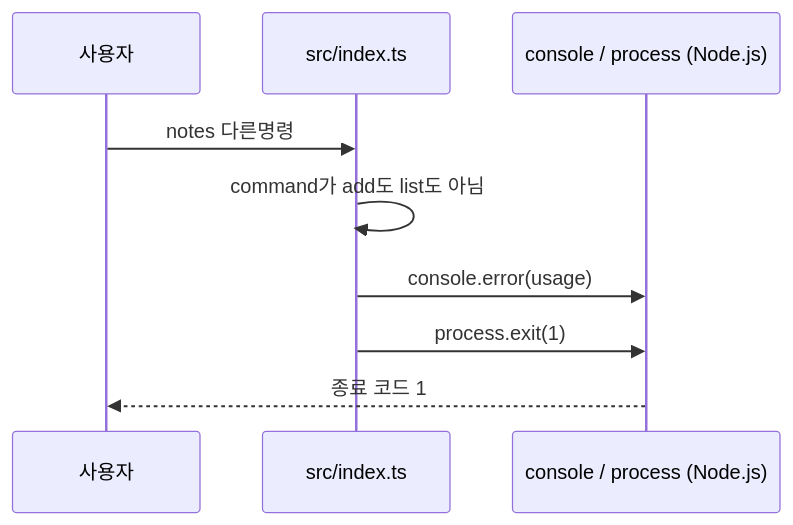
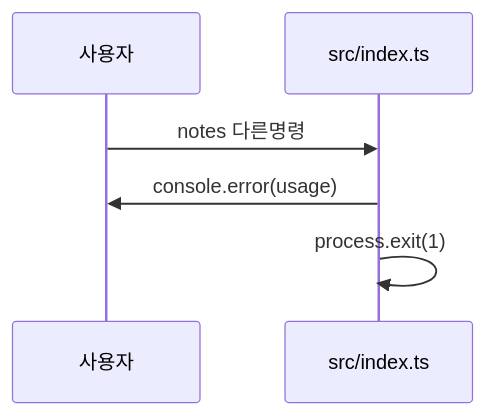
The third of 3 diagrams in examples/ts-notes-cli/docs/codemap/sequence-flow.md (hxxnn/codemap), drawn with Mermaid before and after one commit. The commit also changed other lines of this file and 45 other files, not shown here.

````diff
--- a/examples/ts-notes-cli/docs/codemap/sequence-flow.md
+++ b/examples/ts-notes-cli/docs/codemap/sequence-flow.md
@@ -75,11 +64,8 @@
 ```mermaid
 sequenceDiagram
   participant U as 사용자
-  participant idx as src/index.ts
-  participant out as console / process (Node.js)
-  U->>idx: notes 다른명령
-  idx->>idx: command가 add도 list도 아님
-  idx->>out: console.error(usage)
-  idx->>out: process.exit(1)
-  out-->>U: 종료 코드 1
+  participant I as src/index.ts
+  U->>I: notes 다른명령
+  I->>U: console.error(usage)
+  I->>I: process.exit(1)
 ```
````
